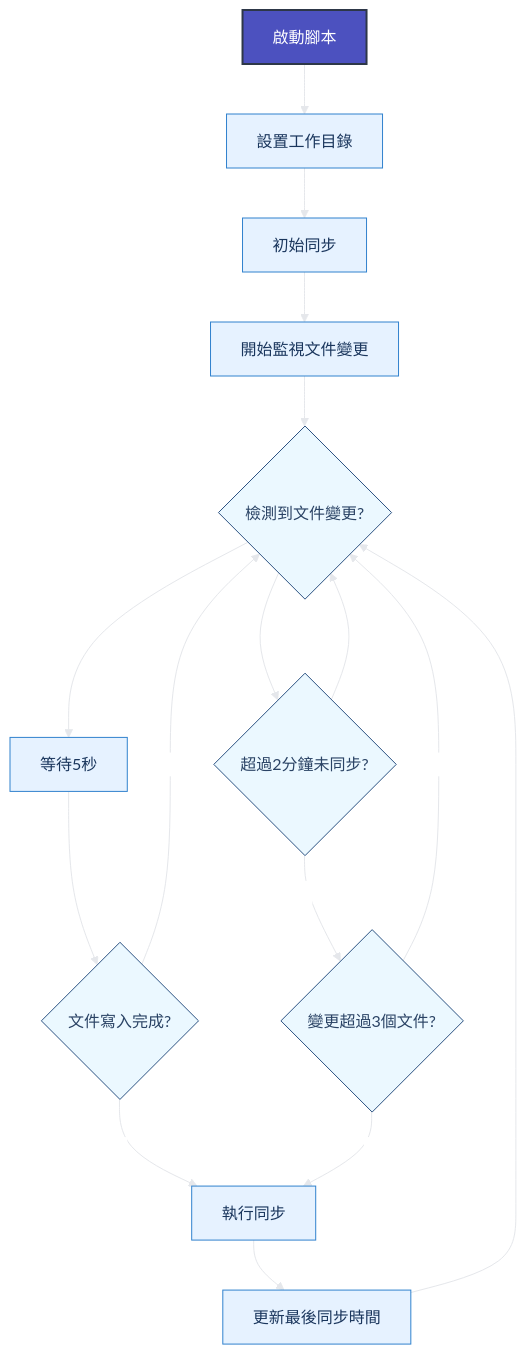
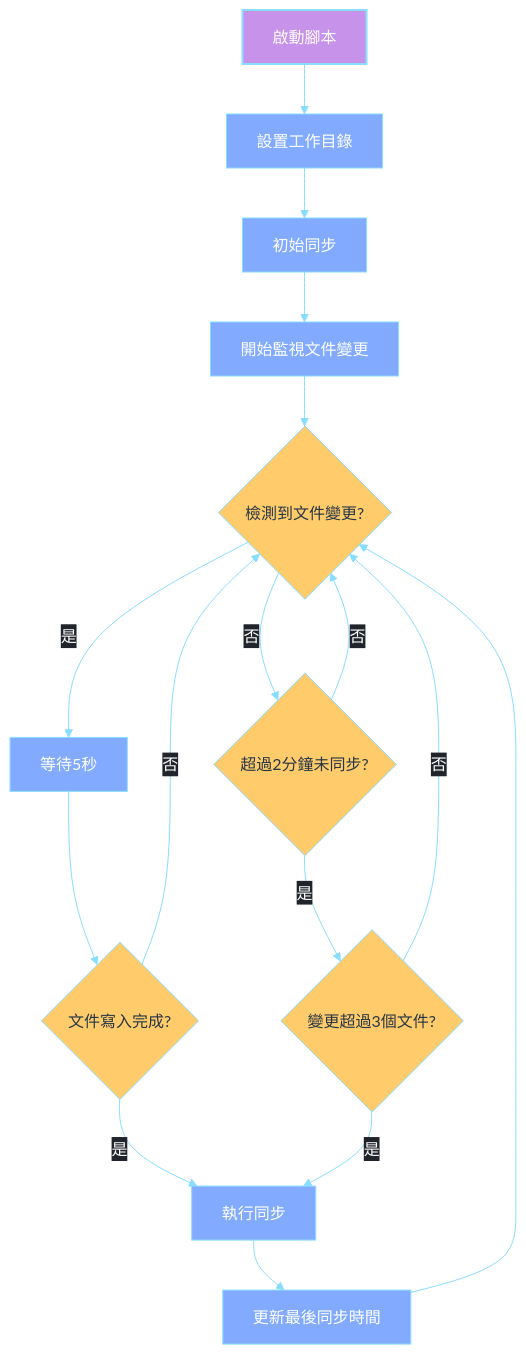
The second of 2 diagrams in Logseq同步方案演進記錄.md (GengGeng026/Sync-Logseq), drawn with Mermaid before and after one commit. The commit also changed other lines of this file, not shown here.

````diff
--- a/Logseq同步方案演進記錄.md
+++ b/Logseq同步方案演進記錄.md
@@ -352,52 +350,52 @@
 ```mermaid
 %%{init: {
   'theme': 'base', 
   'themeVariables': {
-    'primaryColor': '#4c51bf',
-    'primaryTextColor': '#ffffff',
-    'primaryBorderColor': '#4c51bf',
-    'lineColor': '#e5e7eb',
-    'secondaryColor': '#7f9cf5',
-    'tertiaryColor': '#d3f8b6',
-    'background': '#f8fafc',
-    'textColor': '#333333',
-    'nodeBorder': '#2d3748',
-    'mainBkg': '#ffffff',
-    'clusterBkg': '#f0f4f8',
-    'edgeLabelBackground': '#ffffff'
+    'primaryColor': '#82AAFF',
+    'primaryTextColor': '#FFFFFF',
+    'primaryBorderColor': '#82AAFF',
+    'lineColor': '#89DDFF',
+    'secondaryColor': '#C792EA',
+    'tertiaryColor': '#F07178',
+    'background': 'transparent',
+    'textColor': '#EEFFFF',
+    'mainBkg': '#273747',
+    'nodeBorder': '#89DDFF',
+    'clusterBkg': 'transparent',
+    'edgeLabelBackground': '#21252B'
   },
   'flowchart': {
     'curve': 'basis',
     'nodeSpacing': 50,
     'rankSpacing': 50,
     'padding': 15
   }
 }}%%
 flowchart TD
     %% 節點樣式優化
-    classDef start fill:#4c51bf,stroke:#2d3748,color:#ffffff,stroke-width:2px;
-    classDef process fill:#e6f2ff,stroke:#3182ce,color:#1a365d,stroke-width:1px;
-    classDef condition fill:#ebf8ff,stroke:#2c5282,color:#2a4365,stroke-width:1px,shape:diamond;
-    classDef action fill:#e6fffa,stroke:#2c7a7b,color:#234e52,stroke-width:1px;
+    classDef start fill:#C792EA,stroke:#89DDFF,color:#FFFFFF,stroke-width:2px;
+    classDef process fill:#82AAFF,stroke:#89DDFF,color:#FFFFFF,stroke-width:1px;
+    classDef condition fill:#FFCB6B,stroke:#89DDFF,color:#273747,stroke-width:1px,shape:diamond;
+    classDef action fill:#F07178,stroke:#89DDFF,color:#FFFFFF,stroke-width:1px;
     
     A[啟動腳本] --> B[設置工作目錄]
     B --> C[初始同步]
     C --> D[開始監視文件變更]
     D --> E{檢測到文件變更?}
     E -->|是| F[等待5秒]
     F --> G{文件寫入完成?}
     G -->|是| H[執行同步]
     G -->|否| E
     E -->|否| I{超過2分鐘未同步?}
     I -->|是| J{變更超過3個文件?}
     J -->|是| H
     J -->|否| E
     I -->|否| E
     H --> K[更新最後同步時間]
     K --> E
     
     %% 應用樣式
     class A start;
     class B,C,D,F,H,K process;
     class E,G,I,J condition;
 ```
````
